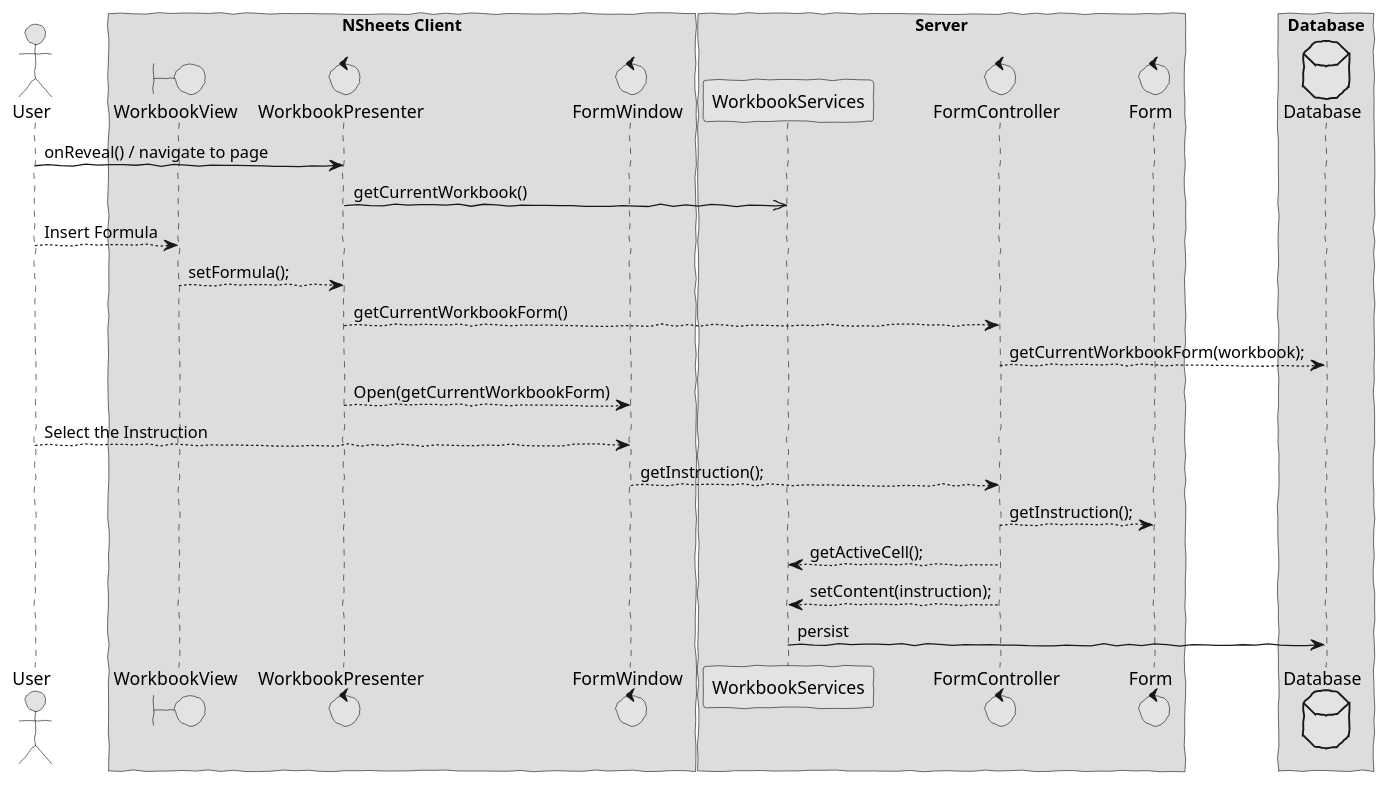
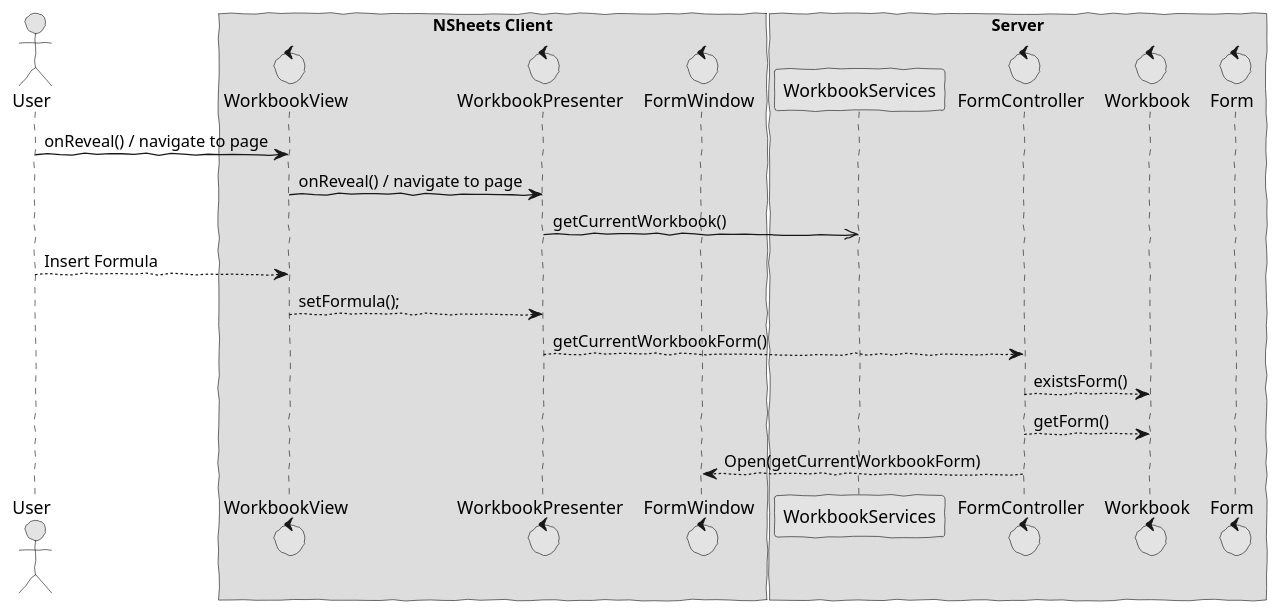
The diagram in docs/blue/s1150585/sp1/design2.puml (HugoFernandes2343/LAPR4_2017-2018), drawn with PlantUML before and after one commit. The commit also changed 12 other files, not shown here.

```diff
--- a/docs/blue/s1150585/sp1/design2.puml
+++ b/docs/blue/s1150585/sp1/design2.puml
@@ -1,46 +1,42 @@
 @startuml  design1.png
 skinparam handwritten true
 skinparam monochrome true
 skinparam packageStyle rect
 skinparam defaultFontName FG Virgil
 skinparam shadowing false
 
 actor User
-boundary WorkbookView
 control WorkbookPresenter
 control FormWindow
 control Form
 control FormController
-database Database
+control WorkbookView
+control Workbook
 
 box "NSheets Client"
 participant WorkbookView
 participant WorkbookPresenter
 participant FormWindow
 end box
 
 box "Server"
 participant WorkbookServices
 participant FormController
+participant Workbook
 participant Form
 end box
 
-box "Database"
-participant Database
-end box
 
-User -> WorkbookPresenter : onReveal() / navigate to page
+
+User -> WorkbookView : onReveal() / navigate to page
+WorkbookView -> WorkbookPresenter : onReveal() / navigate to page
 WorkbookPresenter ->> WorkbookServices : getCurrentWorkbook()
 User --> WorkbookView : Insert Formula
 WorkbookView --> WorkbookPresenter : setFormula();
 WorkbookPresenter --> FormController : getCurrentWorkbookForm()
-FormController --> Database : getCurrentWorkbookForm(workbook);
-WorkbookPresenter --> FormWindow : Open(getCurrentWorkbookForm)
-User --> FormWindow : Select the Instruction
-FormWindow --> FormController : getInstruction();
-FormController --> Form : getInstruction();
-FormController --> WorkbookServices : getActiveCell();
-FormController --> WorkbookServices : setContent(instruction);
-WorkbookServices -> Database : persist
+FormController --> Workbook : existsForm()
+FormController --> Workbook : getForm()
+FormController --> FormWindow : Open(getCurrentWorkbookForm)
+
 
 @enduml
```
